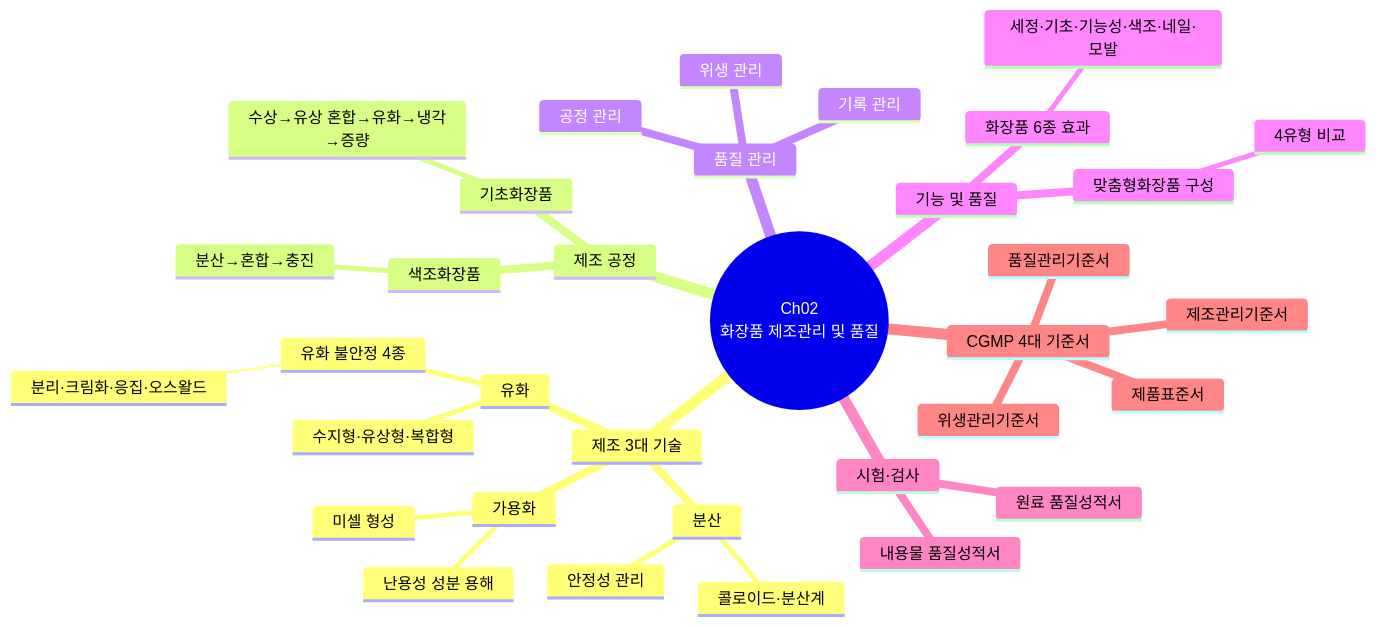
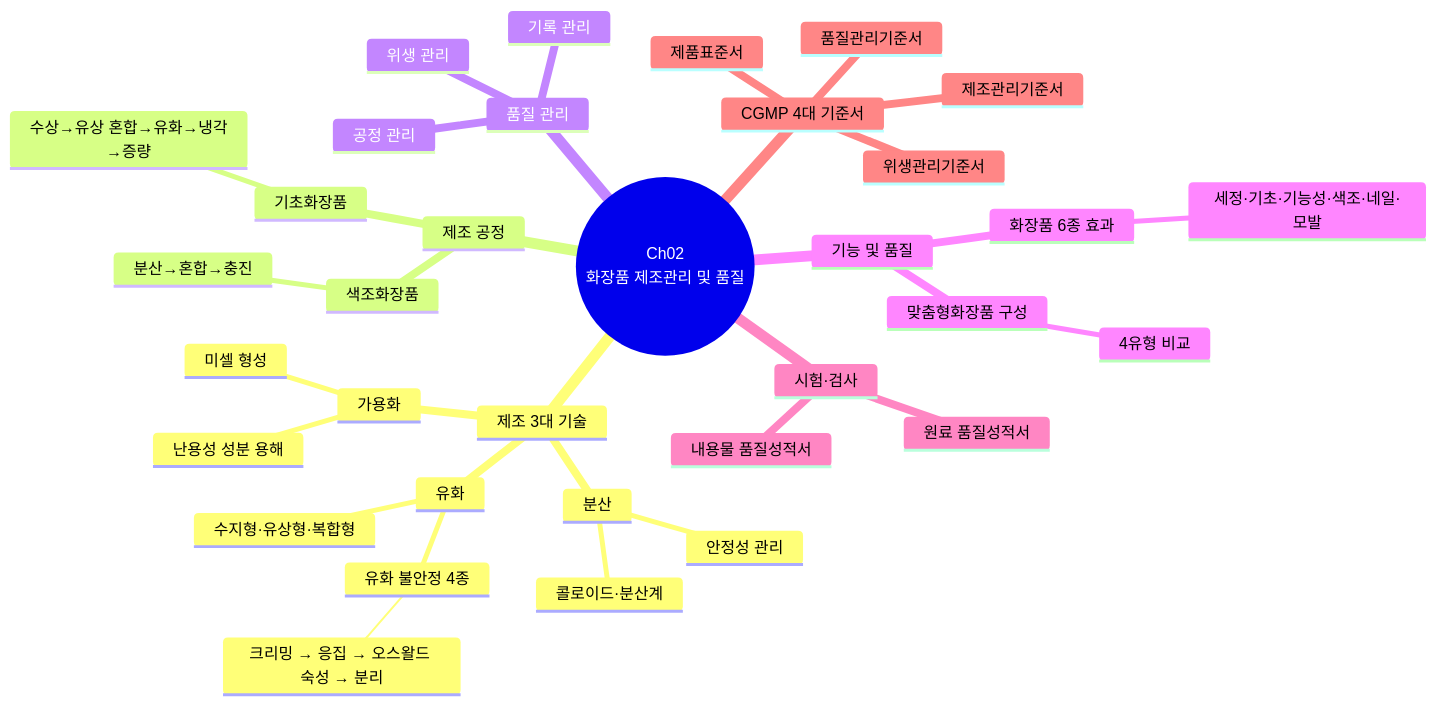
One commit to skygoldlee-cyber/Personalized_Skincare changed diagram 14 of 20 in content/교재/manufacturing/2과목_제조및품질관리_표준형.md. Above: the diagram before and after it, drawn with Mermaid. The commit also changed other lines of this file and 8 other files, not shown here.

First line of the commit message:
fix: 유화 불안정 4종 순서 수정 (크리밍 → 응집 → 오스왈드 숙성 → 분리)

````diff
--- a/content/교재/manufacturing/2과목_제조및품질관리_표준형.md
+++ b/content/교재/manufacturing/2과목_제조및품질관리_표준형.md
@@ -1623,37 +1623,37 @@
 ```mermaid
 mindmap
  root((Ch02<br/>화장품 제조관리 및 품질))
   제조 3대 기술
    유화
     수지형·유상형·복합형
     유화 불안정 4종
-     분리·크림화·응집·오스왈드
+     크리밍 → 응집 → 오스왈드 숙성 → 분리
    가용화
     미셀 형성
     난용성 성분 용해
    분산
     콜로이드·분산계
     안정성 관리
   제조 공정
    기초화장품
     수상→유상 혼합→유화→냉각→증량
    색조화장품
     분산→혼합→충진
   품질 관리
    공정 관리
    위생 관리
    기록 관리
   기능 및 품질
    화장품 6종 효과
     세정·기초·기능성·색조·네일·모발
    맞춤형화장품 구성
     4유형 비교
   시험·검사
    내용물 품질성적서
    원료 품질성적서
   CGMP 4대 기준서
    제품표준서
    제조관리기준서
    품질관리기준서
    위생관리기준서
 ```
````
